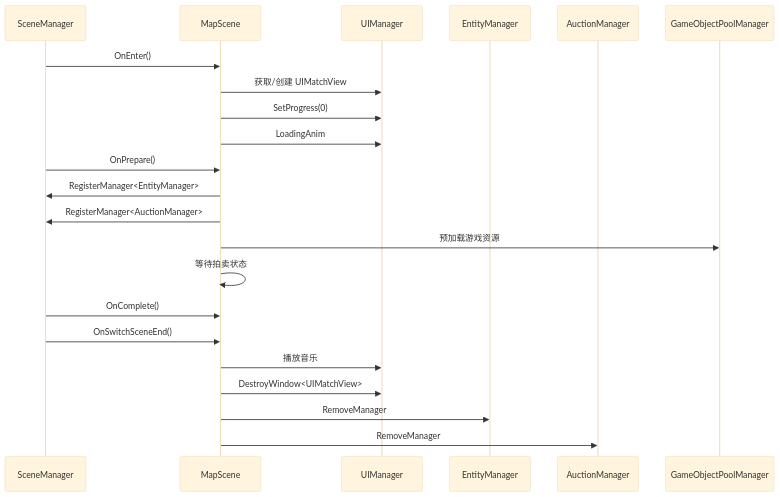
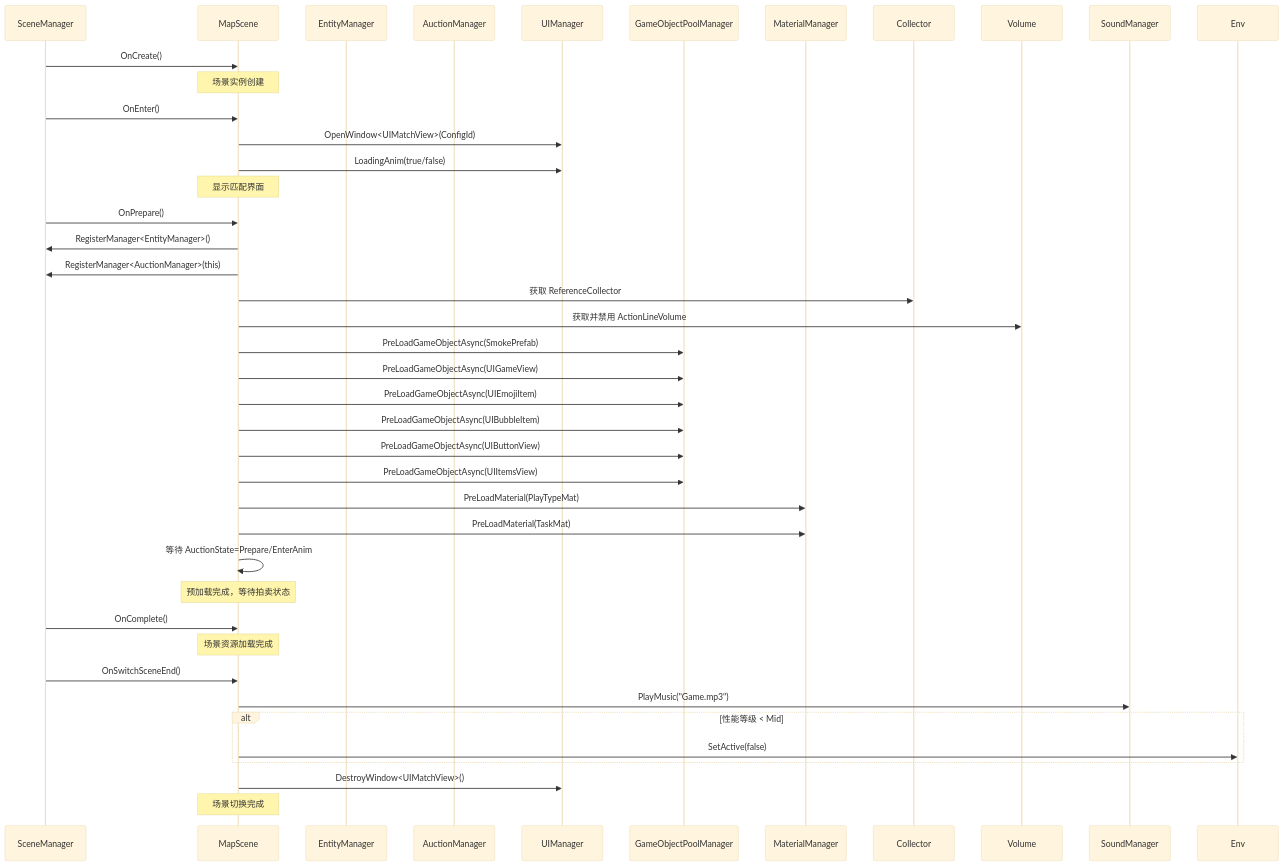
Before and after one commit to acsta/Container: the first of 2 diagrams in Assets/Scripts/Code/Game/Scene/Map/MapScene.cs.md, drawn with Mermaid (base theme). The commit also changed other lines of this file and 21 other files, not shown here.

````diff
--- a/Assets/Scripts/Code/Game/Scene/Map/MapScene.cs.md
+++ b/Assets/Scripts/Code/Game/Scene/Map/MapScene.cs.md
@@ -274,28 +76,47 @@
 ```mermaid
 sequenceDiagram
     participant SM as SceneManager
     participant MS as MapScene
-    participant UM as UIManager
     participant EM as EntityManager
     participant AM as AuctionManager
-    participant GM as GameObjectPoolManager
+    participant UM as UIManager
+    participant GPM as GameObjectPoolManager
+    participant MM as MaterialManager
 
+    SM->>MS: OnCreate()
+    Note over MS: 场景实例创建
+    
     SM->>MS: OnEnter()
-    MS->>UM: 获取/创建 UIMatchView
-    MS->>UM: SetProgress(0)
-    MS->>UM: LoadingAnim
-
+    MS->>UM: OpenWindow<UIMatchView>(ConfigId)
+    MS->>UM: LoadingAnim(true/false)
+    Note over MS: 显示匹配界面
+    
     SM->>MS: OnPrepare()
-    MS->>SM: RegisterManager<EntityManager>
-    MS->>SM: RegisterManager<AuctionManager>
-    MS->>GM: 预加载游戏资源
-    MS->>MS: 等待拍卖状态
-
+    MS->>SM: RegisterManager<EntityManager>()
+    MS->>SM: RegisterManager<AuctionManager>(this)
+    MS->>Collector: 获取 ReferenceCollector
+    MS->>Volume: 获取并禁用 ActionLineVolume
+    
+    MS->>GPM: PreLoadGameObjectAsync(SmokePrefab)
+    MS->>GPM: PreLoadGameObjectAsync(UIGameView)
+    MS->>GPM: PreLoadGameObjectAsync(UIEmojiItem)
+    MS->>GPM: PreLoadGameObjectAsync(UIBubbleItem)
+    MS->>GPM: PreLoadGameObjectAsync(UIButtonView)
+    MS->>GPM: PreLoadGameObjectAsync(UIItemsView)
+    MS->>MM: PreLoadMaterial(PlayTypeMat)
+    MS->>MM: PreLoadMaterial(TaskMat)
+    
+    MS->>MS: 等待 AuctionState=Prepare/EnterAnim
+    Note over MS: 预加载完成，等待拍卖状态
+    
     SM->>MS: OnComplete()
-
+    Note over MS: 场景资源加载完成
+    
     SM->>MS: OnSwitchSceneEnd()
-    MS->>UM: 播放音乐
-    MS->>UM: DestroyWindow<UIMatchView>
-    MS->>EM: RemoveManager
-    MS->>AM: RemoveManager
+    MS->>SoundManager: PlayMusic("Game.mp3")
+    alt 性能等级 < Mid
+        MS->>Env: SetActive(false)
+    end
+    MS->>UM: DestroyWindow<UIMatchView>()
+    Note over MS: 场景切换完成
 ```
````
